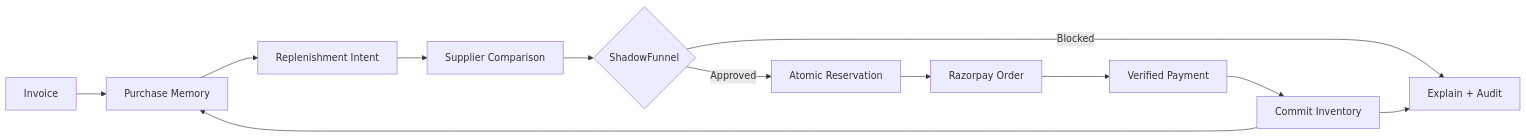
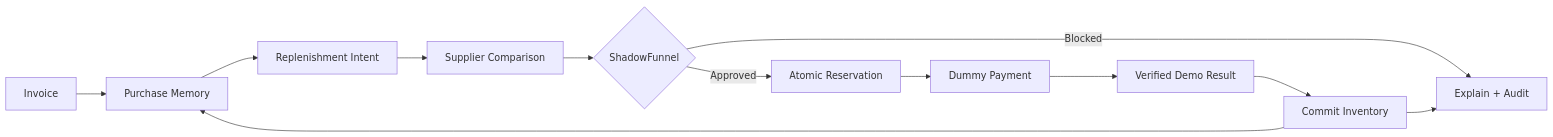
One commit to aadi-harale/razorpay_hackathon changed the first of 2 diagrams in README.md. Above: the diagram before and after it, drawn with Mermaid. The commit also changed other lines of this file and 28 other files, not shown here.

````diff
--- a/README.md
+++ b/README.md
@@ -49,14 +69,14 @@
 ```mermaid
 flowchart LR
     A[Invoice] --> B[Purchase Memory]
     B --> C[Replenishment Intent]
     C --> D[Supplier Comparison]
     D --> E{ShadowFunnel}
     E -->|Blocked| F[Explain + Audit]
     E -->|Approved| G[Atomic Reservation]
-    G --> H[Razorpay Order]
-    H --> I[Verified Payment]
+    G --> H[Dummy Payment]
+    H --> I[Verified Demo Result]
     I --> J[Commit Inventory]
     J --> B
     J --> F
 ```
````
